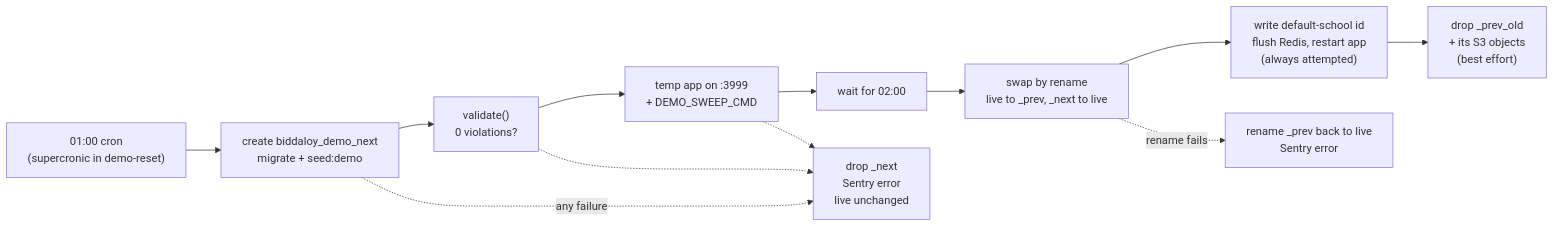
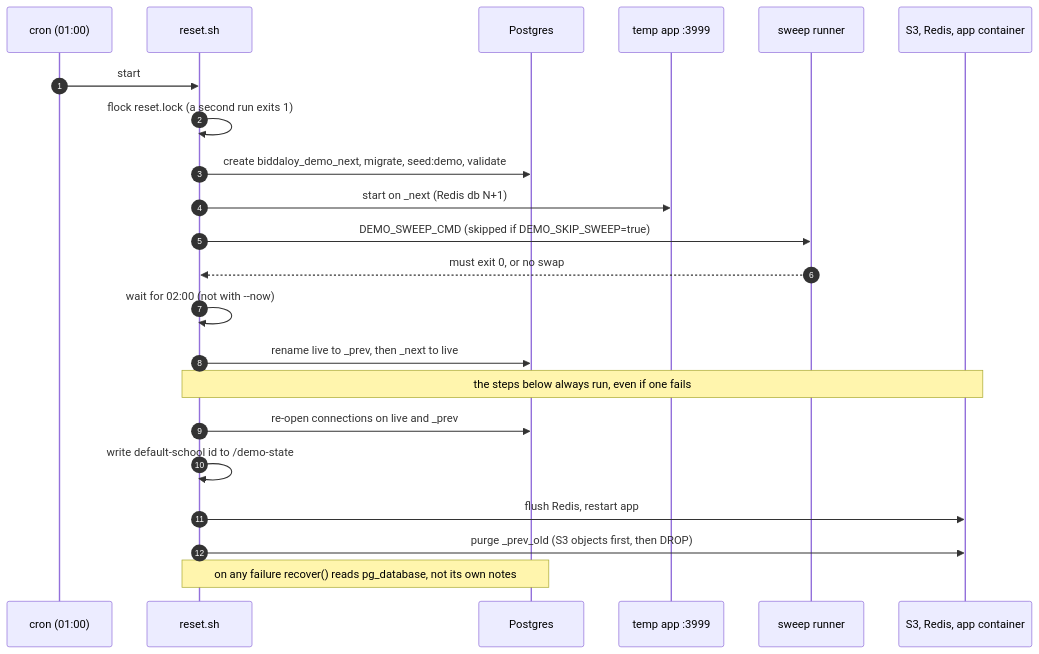
One commit to tareq89/biddaloy changed the fourth of 6 diagrams in docs/architecture/22-demo-seed.md. Above: the diagram before and after it, drawn with Mermaid. The commit also changed other lines of this file and 3 other files, not shown here.

First line of the commit message:
[58.4.03] docs: demo runbook, deployment and operations sections, final 22-demo-seed.md

````diff
--- a/docs/architecture/22-demo-seed.md
+++ b/docs/architecture/22-demo-seed.md
@@ -179,14 +207,24 @@
 ```mermaid
-flowchart LR
-  A["01:00 cron<br/>(supercronic in demo-reset)"] --> B["create biddaloy_demo_next<br/>migrate + seed:demo"]
-  B --> C["validate()<br/>0 violations?"]
-  C --> D["temp app on :3999<br/>+ DEMO_SWEEP_CMD"]
-  D --> E["wait for 02:00"]
-  E --> F["swap by rename<br/>live to _prev, _next to live"]
-  F --> G["write default-school id<br/>flush Redis, restart app<br/>(always attempted)"]
-  G --> H["drop _prev_old<br/>+ its S3 objects<br/>(best effort)"]
-  B -. any failure .-> X["drop _next<br/>Sentry error<br/>live unchanged"]
-  C -.-> X
-  D -.-> X
-  F -. rename fails .-> R["rename _prev back to live<br/>Sentry error"]
+sequenceDiagram
+  autonumber
+  participant C as cron (01:00)
+  participant R as reset.sh
+  participant P as Postgres
+  participant T as temp app :3999
+  participant W as sweep runner
+  participant S as S3, Redis, app container
+  C->>R: start
+  R->>R: flock reset.lock (a second run exits 1)
+  R->>P: create biddaloy_demo_next, migrate, seed:demo, validate
+  R->>T: start on _next (Redis db N+1)
+  R->>W: DEMO_SWEEP_CMD (skipped if DEMO_SKIP_SWEEP=true)
+  W-->>R: must exit 0, or no swap
+  R->>R: wait for 02:00 (not with --now)
+  R->>P: rename live to _prev, then _next to live
+  Note over R,S: the steps below always run, even if one fails
+  R->>P: re-open connections on live and _prev
+  R->>R: write default-school id to /demo-state
+  R->>S: flush Redis, restart app
+  R->>S: purge _prev_old (S3 objects first, then DROP)
+  Note over R,P: on any failure recover() reads pg_database, not its own notes
 ```
````
